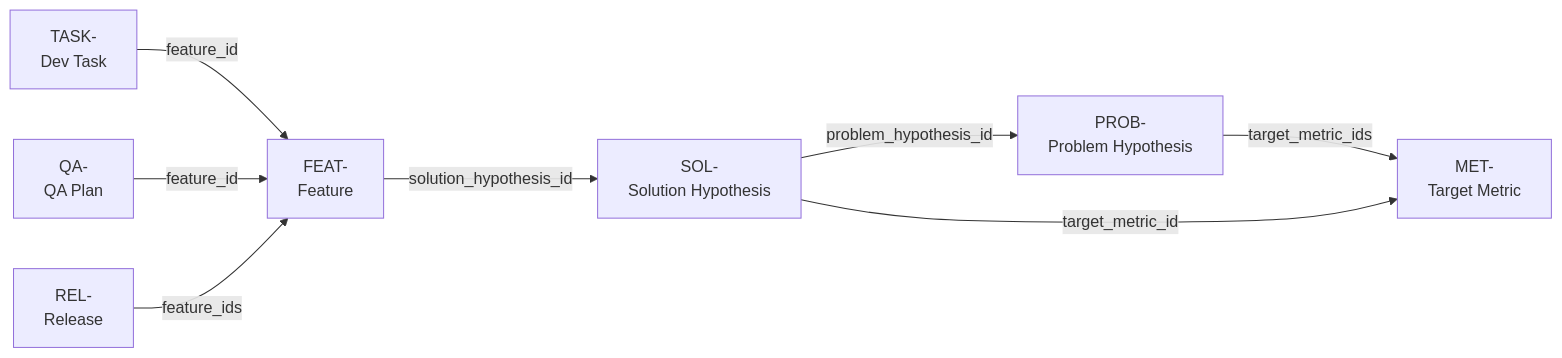
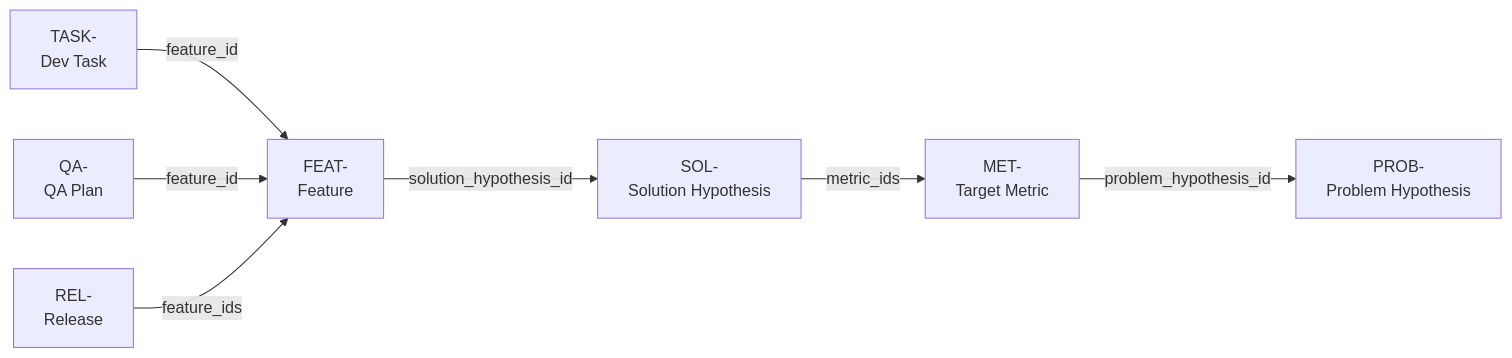
Before and after one commit to smirnoffmg/pet: the diagram in README.md, drawn with Mermaid. The commit also changed other lines of this file and 7 other files, not shown here.

First line of the commit message:
docs: name LDR methodology, fix FK diagram, trim agent prompt sections

````diff
--- a/README.md
+++ b/README.md
@@ -39,18 +47,17 @@
 ```mermaid
 graph LR
     PROB["PROB-\nProblem Hypothesis"]
     MET["MET-\nTarget Metric"]
     SOL["SOL-\nSolution Hypothesis"]
     FEAT["FEAT-\nFeature"]
     TASK["TASK-\nDev Task"]
     QA["QA-\nQA Plan"]
     REL["REL-\nRelease"]
 
-    PROB -->|target_metric_ids| MET
-    SOL -->|problem_hypothesis_id| PROB
-    SOL -->|target_metric_id| MET
+    MET -->|problem_hypothesis_id| PROB
+    SOL -->|metric_ids| MET
     FEAT -->|solution_hypothesis_id| SOL
     TASK -->|feature_id| FEAT
     QA -->|feature_id| FEAT
     REL -->|feature_ids| FEAT
 ```
````
